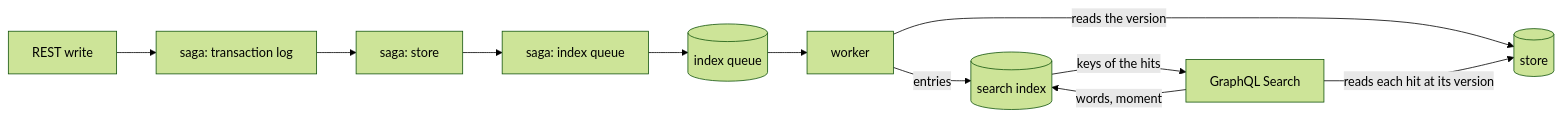
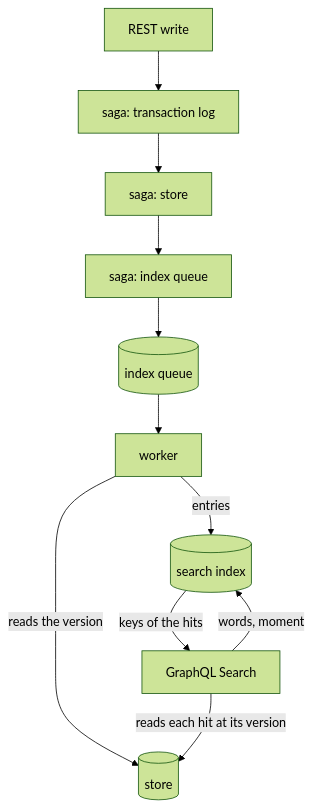
Before and after one commit to descoped/linked-data-store-project: the diagram in docs/developer/search.md, drawn with Mermaid (forest theme). The commit also changed other lines of this file and 48 other files, not shown here.

First line of the commit message:
The site: the landing page, every document checked against the code, and a roadmap (#70)

````diff
--- a/docs/developer/search.md
+++ b/docs/developer/search.md
@@ -32,13 +33,13 @@
 ```mermaid
-flowchart LR
+flowchart TB
     W[REST write] --> S1[saga: transaction log]
     S1 --> S2[saga: store]
     S2 --> S3[saga: index queue]
     S3 --> Q[(index queue)]
     Q --> K[worker]
     K -- reads the version --> P[(store)]
     K -- entries --> I[(search index)]
     G[GraphQL Search] -- words, moment --> I
     I -- keys of the hits --> G
     G -- reads each hit at its version --> P
 ```
````
